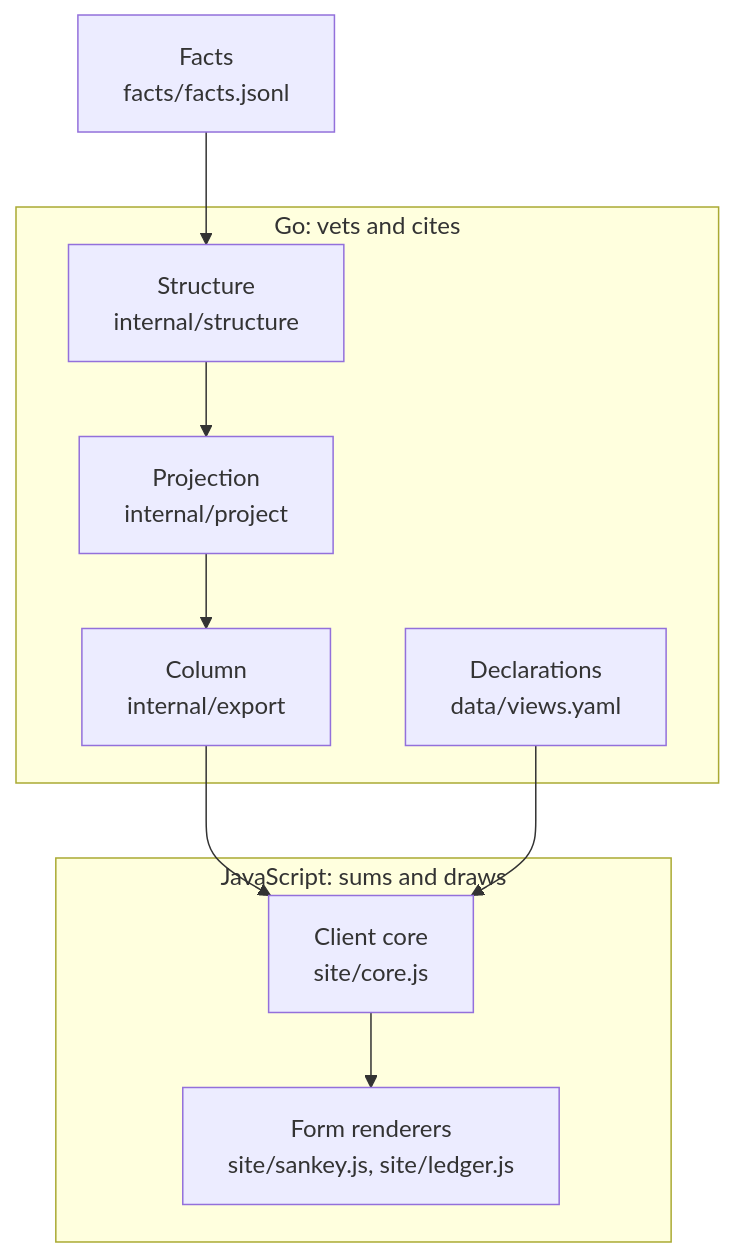
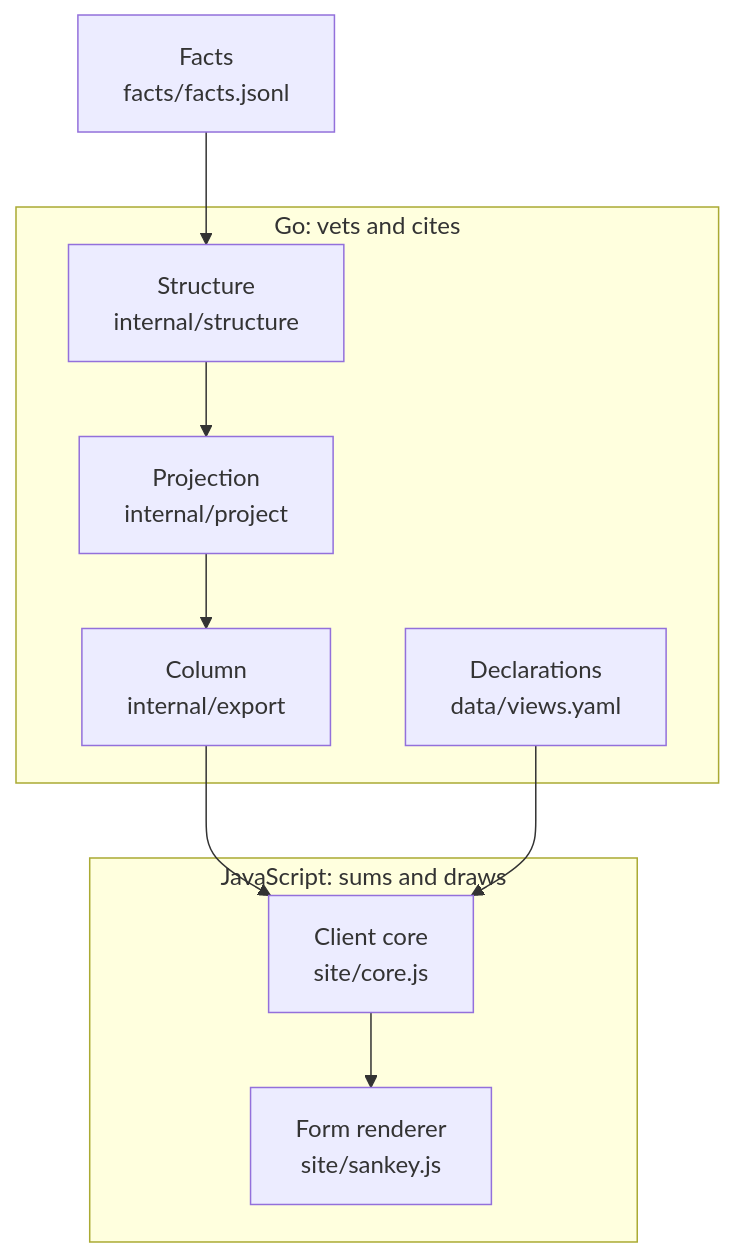
The diagram in docs/design/chart-model.md (jcrussell/livermore-budget), drawn with Mermaid before and after one commit. The commit also changed other lines of this file and 11 other files, not shown here.

````diff
--- a/docs/design/chart-model.md
+++ b/docs/design/chart-model.md
@@ -7,23 +7,23 @@
 ```mermaid
 flowchart TD
   facts["Facts<br/>facts/facts.jsonl"]
   structure["Structure<br/>internal/structure"]
   projection["Projection<br/>internal/project"]
   column["Column<br/>internal/export"]
   decl["Declarations<br/>data/views.yaml"]
   core["Client core<br/>site/core.js"]
-  form["Form renderers<br/>site/sankey.js, site/ledger.js"]
+  form["Form renderer<br/>site/sankey.js"]
   facts --> structure --> projection --> column --> core
   decl --> core
   core --> form
   subgraph go["Go: vets and cites"]
     structure
     projection
     column
     decl
   end
   subgraph js["JavaScript: sums and draws"]
     core
     form
   end
 ```
````
